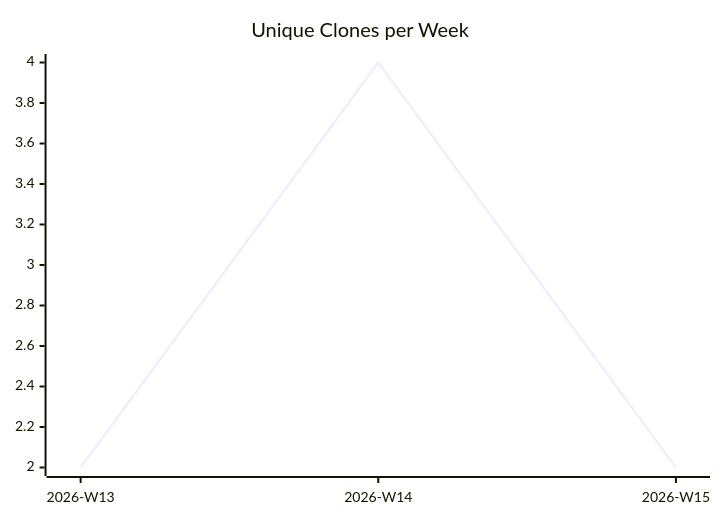
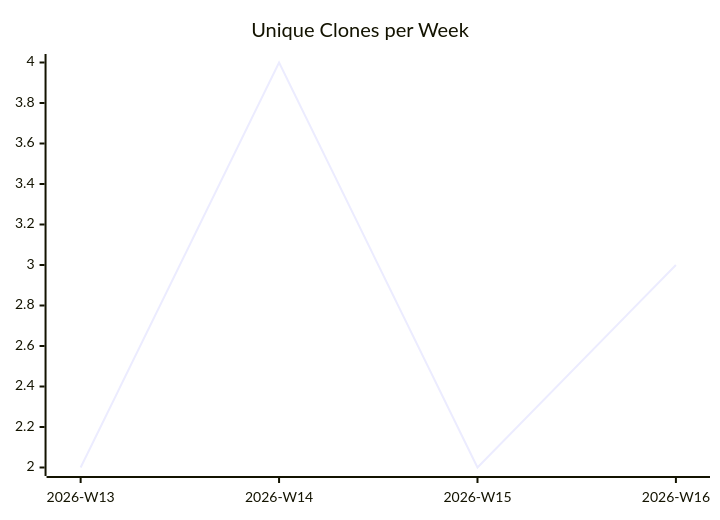
One commit to justdavis-family/github-analytics-data changed the third of 3 diagrams in karlmdavis/workstation-base-ansible-role/README.md. Above: the diagram before and after it, drawn with Mermaid. The commit also changed other lines of this file and 173 other files, not shown here.

````diff
--- a/karlmdavis/workstation-base-ansible-role/README.md
+++ b/karlmdavis/workstation-base-ansible-role/README.md
@@ -19,6 +19,6 @@
 ```mermaid
 xychart-beta
   title "Unique Clones per Week"
-  x-axis ["2026-W13", "2026-W14", "2026-W15"]
-  line [2, 4, 2]
+  x-axis ["2026-W13", "2026-W14", "2026-W15", "2026-W16"]
+  line [2, 4, 2, 3]
 ```
````
